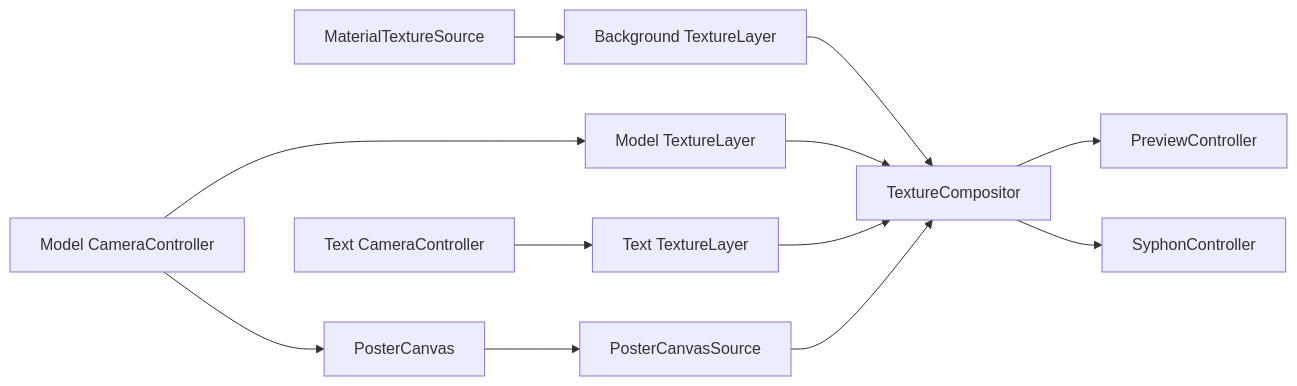
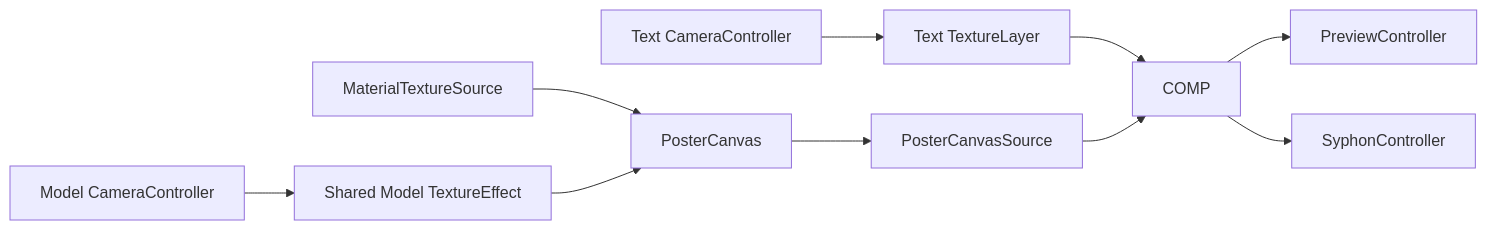
The diagram in Docs/Architecture/RenderingAndText.md (koya-kimura/qoooo), drawn with Mermaid before and after one commit. The commit also changed other lines of this file and 8 other files, not shown here.

````diff
--- a/Docs/Architecture/RenderingAndText.md
+++ b/Docs/Architecture/RenderingAndText.md
@@ -7,14 +7,12 @@
 ```mermaid
 flowchart LR
-    BG[MaterialTextureSource] --> BL[Background TextureLayer]
-    MC[Model CameraController] --> ML[Model TextureLayer]
+    BG[MaterialTextureSource] --> PC[PosterCanvas]
+    MC[Model CameraController] --> ME[Shared Model TextureEffect]
+    ME --> PC
     TC[Text CameraController] --> TL[Text TextureLayer]
-    MC --> PC[PosterCanvas]
     PC --> PS[PosterCanvasSource]
-    BL --> COMP[TextureCompositor]
-    ML --> COMP
     TL --> COMP
     PS --> COMP
     COMP --> PREVIEW[PreviewController]
     COMP --> SYPHON[SyphonController]
 ```
````
